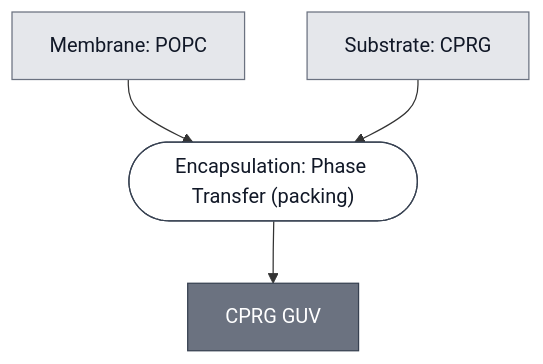
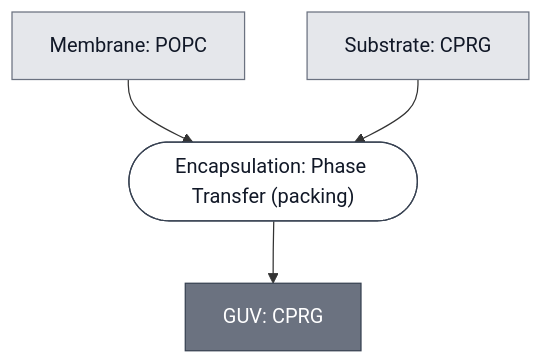
Before and after one commit to nucleus-eng/nucleus-docs: the diagram in docs/modules/guv-cprg/spec.md, drawn with Mermaid. The commit also changed 9 other files, not shown here.

````diff
--- a/docs/modules/guv-cprg/spec.md
+++ b/docs/modules/guv-cprg/spec.md
@@ -38,25 +38,25 @@
 ```mermaid
 flowchart TD
     MEMBRANE_POPC["Membrane: POPC"]
     SUBSTRATE_CPRG["Substrate: CPRG"]
 
     P1_ENCAPSULATE_CPRG_0(["Encapsulation: Phase Transfer (packing)"])
-    GUV_CPRG["CPRG GUV"]
+    GUV_CPRG["GUV: CPRG"]
 
     MEMBRANE_POPC --> P1_ENCAPSULATE_CPRG_0
     SUBSTRATE_CPRG --> P1_ENCAPSULATE_CPRG_0
     P1_ENCAPSULATE_CPRG_0 --> GUV_CPRG
 
 
     classDef leaf     fill:#e5e7eb,stroke:#6b7280,color:#111827;
     classDef composed fill:#6b7280,stroke:#374151,color:#ffffff;
     classDef process  fill:#ffffff,stroke:#374151,color:#111827;
     class MEMBRANE_POPC,SUBSTRATE_CPRG leaf;
     class GUV_CPRG composed;
     class P1_ENCAPSULATE_CPRG_0 process;
 
     click MEMBRANE_POPC "/docs/modules/membrane-popc/spec"
     click SUBSTRATE_CPRG "/docs/modules/substrate-cprg/spec"
     click P1_ENCAPSULATE_CPRG_0 "/docs/processes/assemble-base-cell/main"
     click GUV_CPRG "/docs/modules/guv-cprg/spec"
 ```
````
